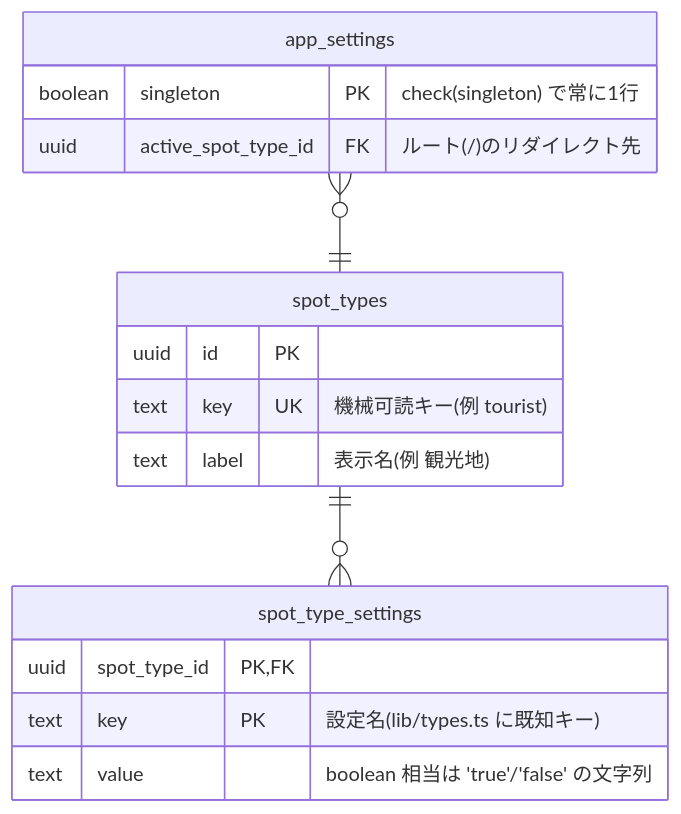
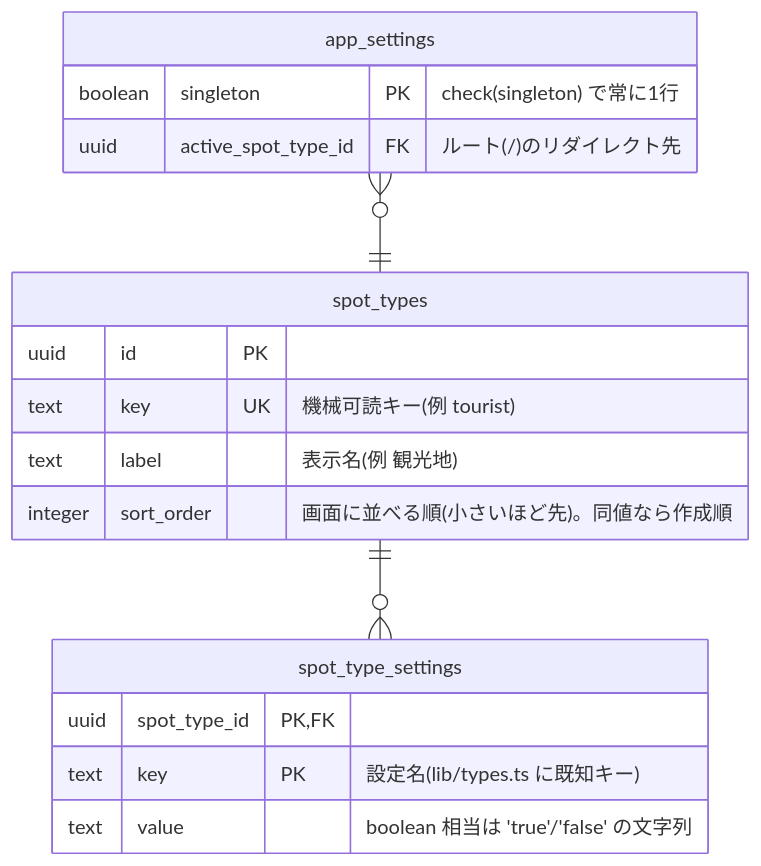
One commit to rtcode337/travel-log changed the second of 5 diagrams in docs/database.md. Above: the diagram before and after it, drawn with Mermaid. The commit also changed other lines of this file and 11 other files, not shown here.

First line of the commit message:
スポット種別の並び替えと、地図の表示まわりの手当て

````diff
--- a/docs/database.md
+++ b/docs/database.md
@@ -81,19 +81,20 @@
 ```mermaid
 erDiagram
     spot_types {
         uuid id PK
         text key UK "機械可読キー(例 tourist)"
         text label "表示名(例 観光地)"
+        integer sort_order "画面に並べる順(小さいほど先)。同値なら作成順"
     }
     spot_type_settings {
         uuid spot_type_id PK, FK
         text key PK "設定名(lib/types.ts に既知キー)"
         text value "boolean 相当は 'true'/'false' の文字列"
     }
     app_settings {
         boolean singleton PK "check(singleton) で常に1行"
         uuid active_spot_type_id FK "ルート(/)のリダイレクト先"
     }
     spot_types ||--o{ spot_type_settings : ""
     app_settings }o--|| spot_types : ""
 ```
````
